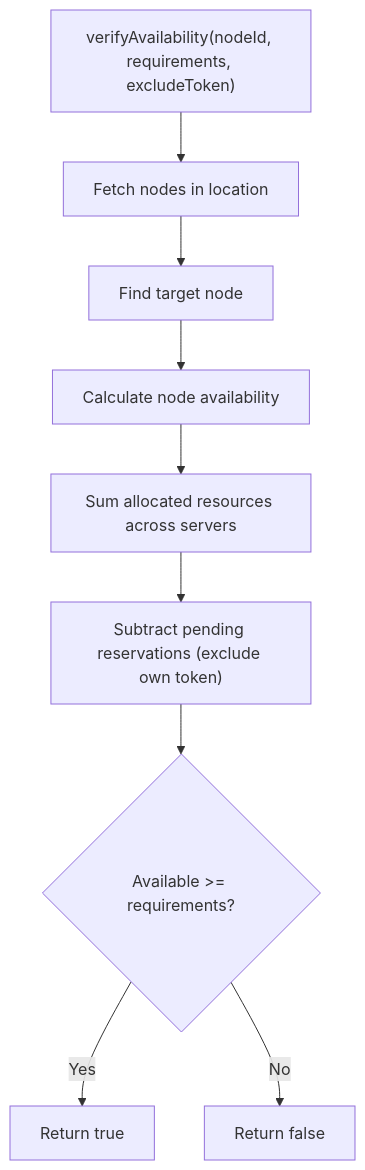
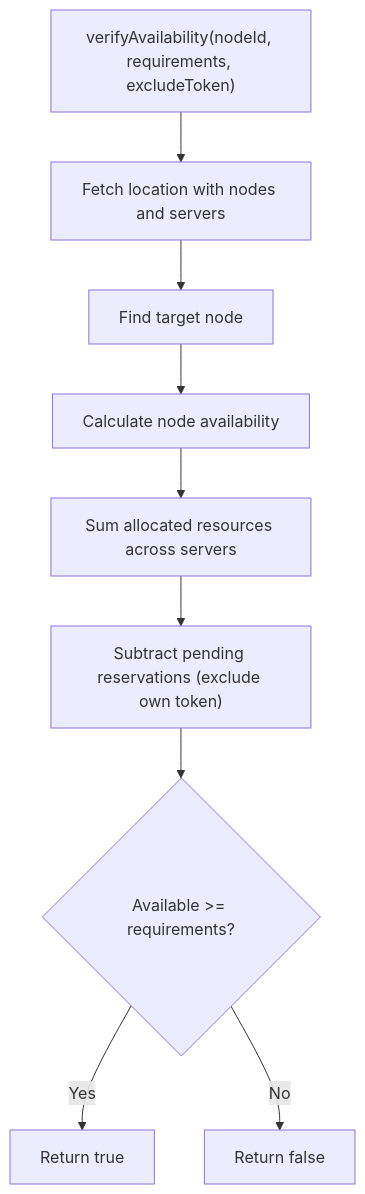
One commit to ObsidianNetwork/dynamic-pterodactyl changed the ninth of 11 diagrams in .qoder/repowiki/en/content/Architecture Overview/Event-Driven Architecture/Event-Driven Architecture.md. Above: the diagram before and after it, drawn with Mermaid. The commit also changed 5 other files, not shown here.

Commit message:
docs: remove residual per-node wiki flow

````diff
--- a/.qoder/repowiki/en/content/Architecture Overview/Event-Driven Architecture/Event-Driven Architecture.md
+++ b/.qoder/repowiki/en/content/Architecture Overview/Event-Driven Architecture/Event-Driven Architecture.md
@@ -334,11 +334,11 @@
 ```mermaid
 flowchart TD
-A["verifyAvailability(nodeId, requirements, excludeToken)"] --> B["Fetch nodes in location"]
+A["verifyAvailability(nodeId, requirements, excludeToken)"] --> B["Fetch location with nodes and servers"]
 B --> C["Find target node"]
 C --> D["Calculate node availability"]
 D --> E["Sum allocated resources across servers"]
 E --> F["Subtract pending reservations (exclude own token)"]
 F --> G{"Available >= requirements?"}
 G -- Yes --> H["Return true"]
 G -- No --> I["Return false"]
 ```
````
